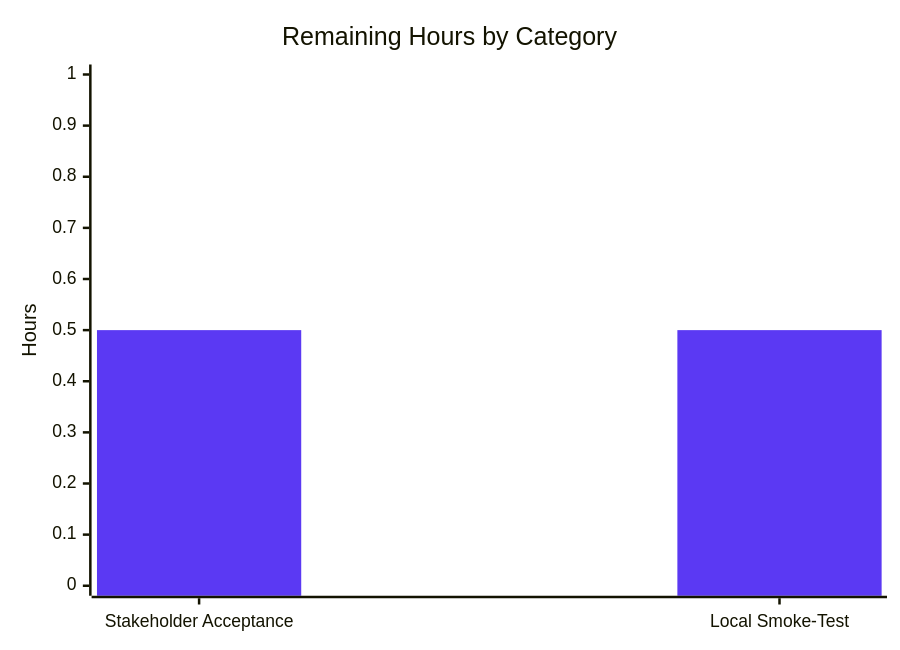
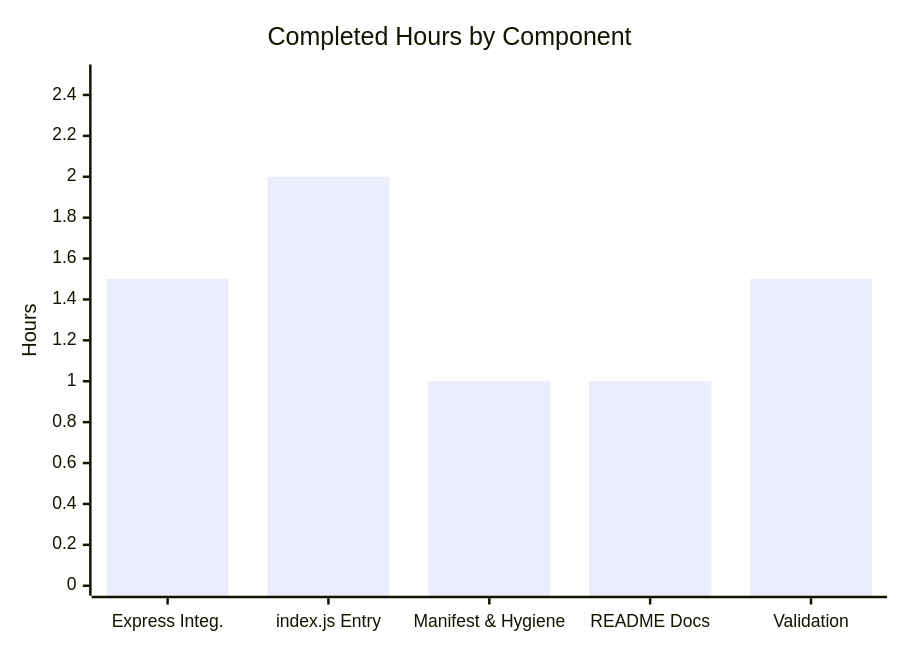
Before and after one commit to shaliniblitzy/13_feb_2_3: the fourth of 4 diagrams in blitzy/documentation/Project Guide.md, drawn with Mermaid. The commit also changed other lines of this file, not shown here.

Commit message:
Adding Blitzy Project Guide: Project Status and Human Tasks Remaining

````diff
--- a/blitzy/documentation/Project Guide.md
+++ b/blitzy/documentation/Project Guide.md
@@ -189,8 +215,7 @@
 ```mermaid
-%%{init: {'theme':'base', 'themeVariables': {'xyChart': {'plotColorPalette': '#5B39F3'}}}}%%
 xychart-beta
-    title "Remaining Hours by Category"
-    x-axis ["Stakeholder Acceptance", "Local Smoke-Test"]
-    y-axis "Hours" 0 --> 1
-    bar [0.5, 0.5]
+    title "Completed Hours by Component"
+    x-axis ["Express Integ.", "index.js Entry", "Manifest & Hygiene", "README Docs", "Validation"]
+    y-axis "Hours" 0 --> 2.5
+    bar [1.5, 2.0, 1.0, 1.0, 1.5]
 ```
````
